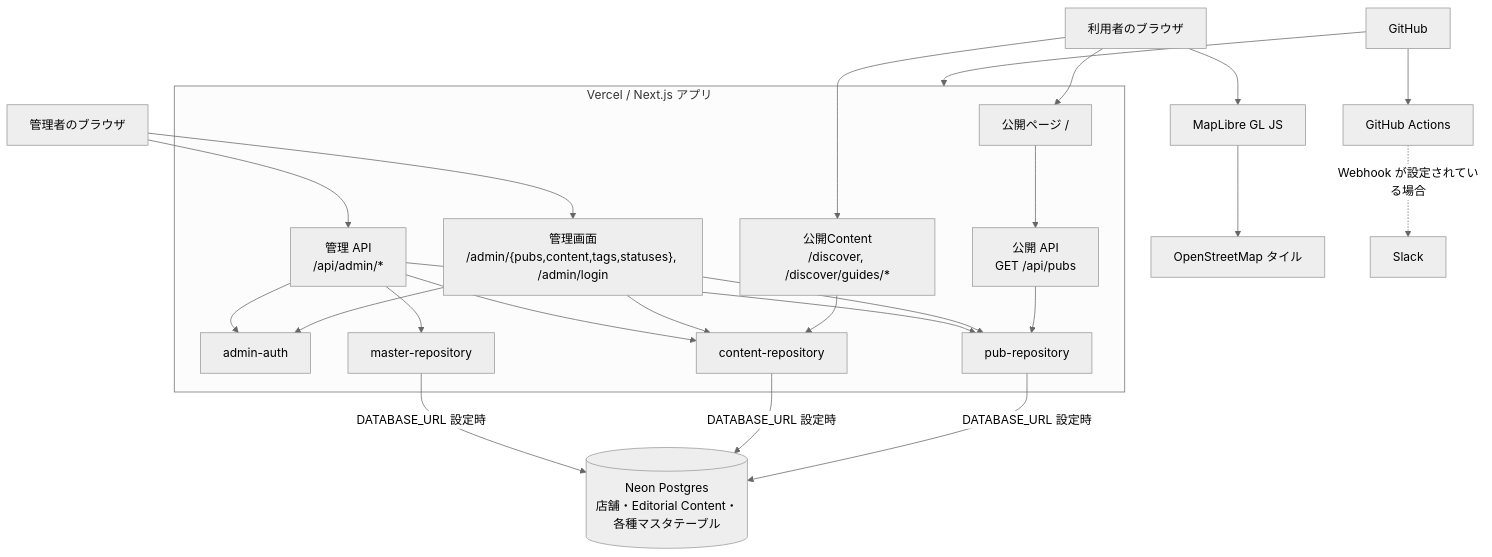
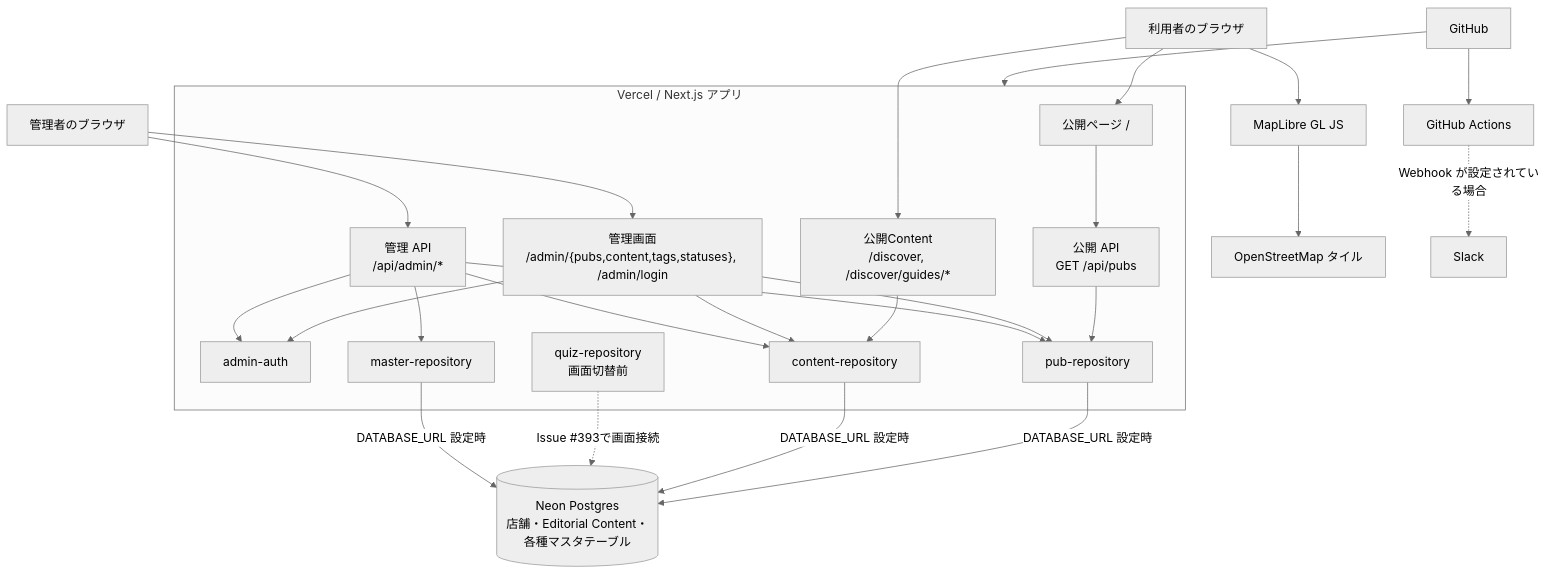
One commit to yusukefr/irishpub-map changed the diagram in docs/architecture/system-overview.md. Above: the diagram before and after it, drawn with Mermaid (neutral theme). The commit also changed other lines of this file and 9 other files, not shown here.

````diff
--- a/docs/architecture/system-overview.md
+++ b/docs/architecture/system-overview.md
@@ -7,50 +7,52 @@
 ```mermaid
 flowchart TB
   visitor[利用者のブラウザ]
   administrator[管理者のブラウザ]
   maplibre[MapLibre GL JS]
   osm[OpenStreetMap タイル]
   github[GitHub]
   actions[GitHub Actions]
   slack[Slack]
 
   subgraph vercel[Vercel / Next.js アプリ]
     publicPage["公開ページ /"]
     contentPage["公開Content<br/>/discover, /discover/guides/*"]
     publicApi["公開 API<br/>GET /api/pubs"]
     adminPage["管理画面<br/>/admin/{pubs,content,tags,statuses}, /admin/login"]
     adminApi["管理 API<br/>/api/admin/*"]
     auth[admin-auth]
     repository[pub-repository]
     contentRepository[content-repository]
+    quizRepository[quiz-repository<br/>画面切替前]
     masterRepository[master-repository]
   end
 
   neon[(Neon Postgres<br/>店舗・Editorial Content・各種マスタテーブル)]
 
   visitor --> publicPage
   visitor --> contentPage
   publicPage --> publicApi
   contentPage --> contentRepository
   publicApi --> repository
   visitor --> maplibre
   maplibre --> osm
 
   administrator --> adminPage
   administrator --> adminApi
   adminPage --> auth
   adminPage --> repository
   adminPage --> contentRepository
   adminApi --> auth
   adminApi --> repository
   adminApi --> contentRepository
   adminApi --> masterRepository
 
   repository -->|"DATABASE_URL 設定時"| neon
   contentRepository -->|"DATABASE_URL 設定時"| neon
+  quizRepository -.->|"Issue #393で画面接続"| neon
   masterRepository -->|"DATABASE_URL 設定時"| neon
 
   github --> actions
   github --> vercel
   actions -.->|"Webhook が設定されている場合"| slack
 ```
````
